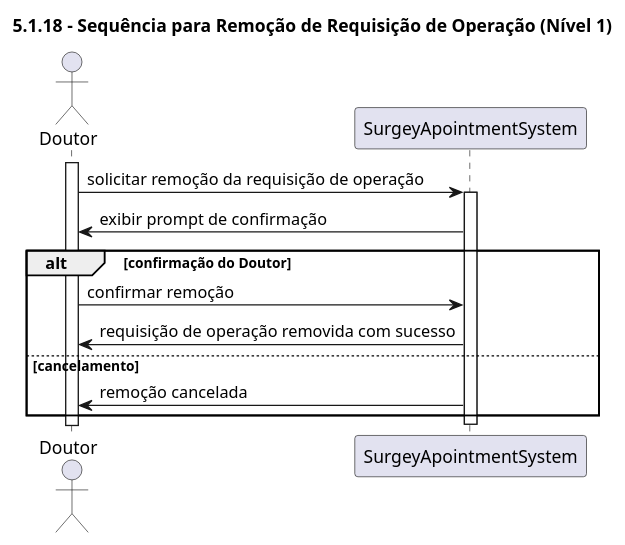
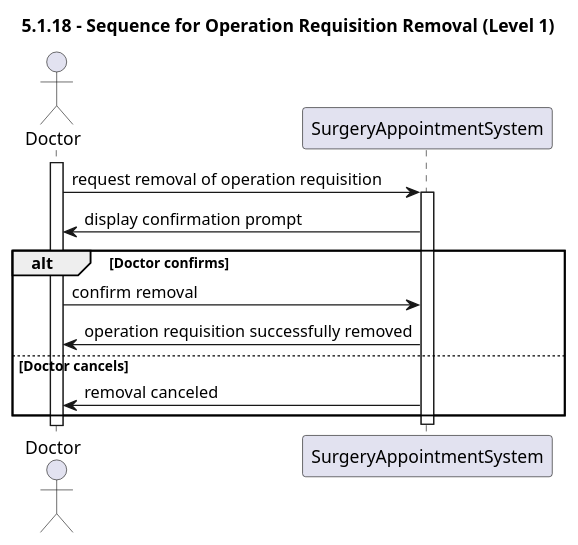
Before and after one commit to MateusCabral2004/sem5pi: the diagram in docs/Sprint 1/US 5.1.18/SequenceDiagram/Level1/SequenceDiagram.puml, drawn with PlantUML. The commit also changed 7 other files, not shown here.

```diff
--- a/docs/Sprint 1/US 5.1.18/SequenceDiagram/Level1/SequenceDiagram.puml
+++ b/docs/Sprint 1/US 5.1.18/SequenceDiagram/Level1/SequenceDiagram.puml
@@ -1,22 +1,22 @@
 @startuml
-title 5.1.18 - Sequência para Remoção de Requisição de Operação (Nível 1)
+title 5.1.18 - Sequence for Operation Requisition Removal (Level 1)
 
-actor Doutor
-participant SurgeyApointmentSystem
+actor Doctor
+participant SurgeryAppointmentSystem
 
-activate Doutor
+activate Doctor
 
-Doutor -> SurgeyApointmentSystem: solicitar remoção da requisição de operação
-activate SurgeyApointmentSystem
+Doctor -> SurgeryAppointmentSystem: request removal of operation requisition
+activate SurgeryAppointmentSystem
 
-SurgeyApointmentSystem -> Doutor: exibir prompt de confirmação
+SurgeryAppointmentSystem -> Doctor: display confirmation prompt
 
-alt confirmação do Doutor
-    Doutor -> SurgeyApointmentSystem: confirmar remoção
-    SurgeyApointmentSystem -> Doutor: requisição de operação removida com sucesso
-else cancelamento
-    SurgeyApointmentSystem -> Doutor: remoção cancelada
+alt Doctor confirms
+    Doctor -> SurgeryAppointmentSystem: confirm removal
+    SurgeryAppointmentSystem -> Doctor: operation requisition successfully removed
+else Doctor cancels
+    SurgeryAppointmentSystem -> Doctor: removal canceled
 end
 
-deactivate SurgeyApointmentSystem
+deactivate SurgeryAppointmentSystem
 @enduml
```
